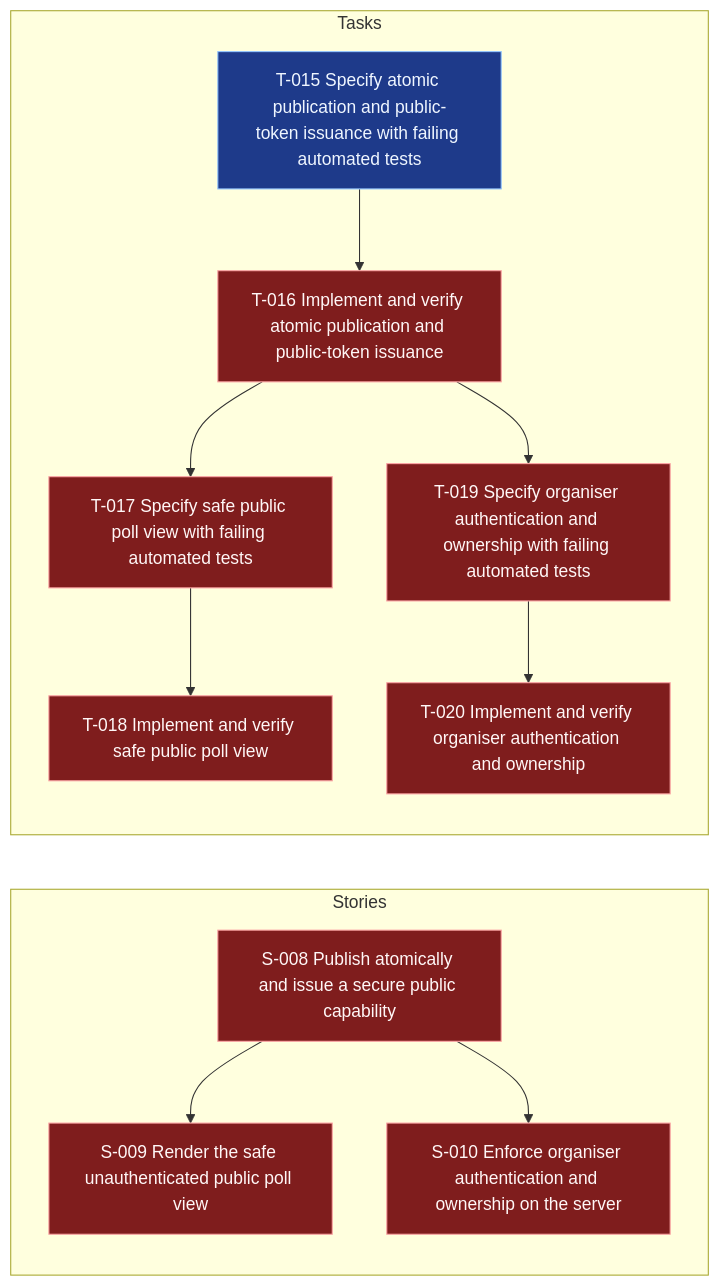
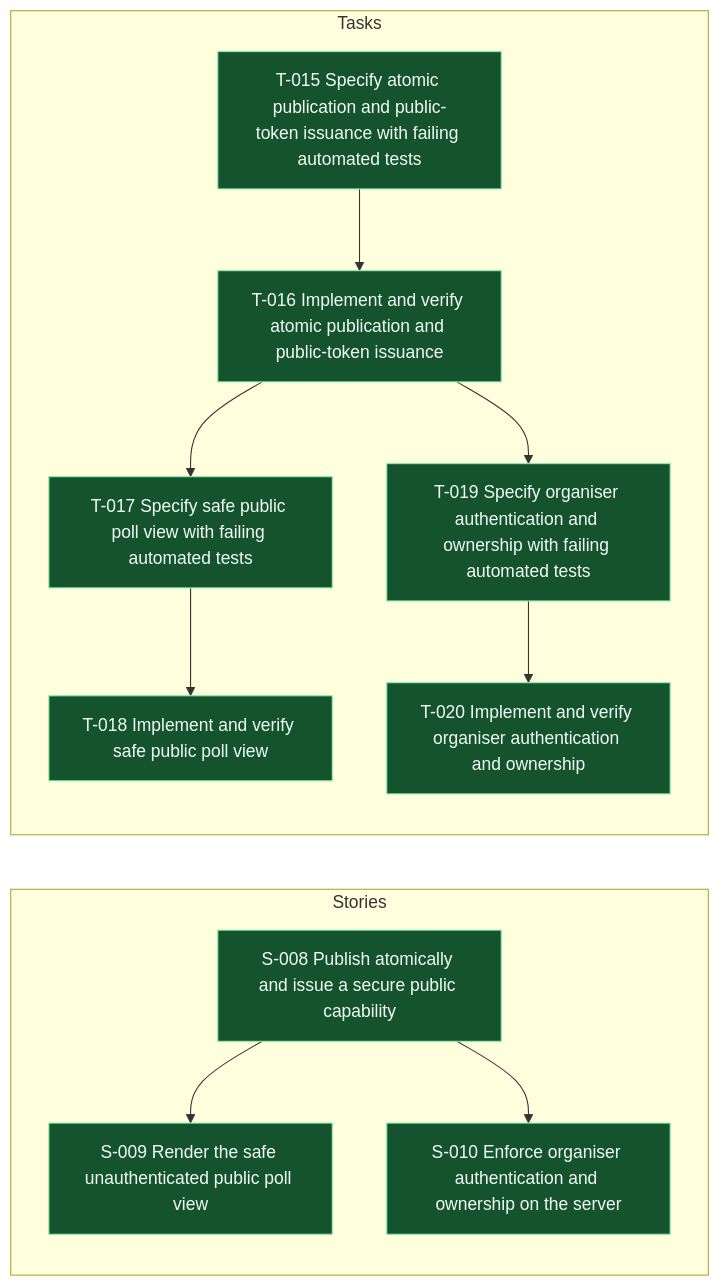
One commit to andybalham/invite-agent changed the diagram in .worktracker/graphs/E-003.mmd. Above: the diagram before and after it, drawn with Mermaid. The commit also changed 32 other files, not shown here.

First line of the commit message:
feat: implement public poll functionality with token management

```diff
--- a/.worktracker/graphs/E-003.mmd
+++ b/.worktracker/graphs/E-003.mmd
@@ -1,35 +1,35 @@
 graph LR
   classDef done fill:#14532d,stroke:#86efac,color:#f0fdf4;
   classDef blocked fill:#7f1d1d,stroke:#fca5a5,color:#fff7f7;
   classDef inprogress fill:#78350f,stroke:#fbbf24,color:#fffbeb;
   classDef todo fill:#1e3a8a,stroke:#93c5fd,color:#eff6ff;
   classDef empty fill:#374151,stroke:#d1d5db,color:#f9fafb,stroke-dasharray: 3 3;
   subgraph Stories
-    S008["S-008 Publish atomically and issue a secure public capability"]:::blocked
-    S009["S-009 Render the safe unauthenticated public poll view"]:::blocked
-    S010["S-010 Enforce organiser authentication and ownership on the server"]:::blocked
+    S008["S-008 Publish atomically and issue a secure public capability"]:::done
+    S009["S-009 Render the safe unauthenticated public poll view"]:::done
+    S010["S-010 Enforce organiser authentication and ownership on the server"]:::done
     S008 --> S009
     S008 --> S010
   end
   subgraph Tasks
-    T015["T-015 Specify atomic publication and public-token issuance with failing automated tests"]:::todo
-    T016["T-016 Implement and verify atomic publication and public-token issuance"]:::blocked
-    T017["T-017 Specify safe public poll view with failing automated tests"]:::blocked
-    T018["T-018 Implement and verify safe public poll view"]:::blocked
-    T019["T-019 Specify organiser authentication and ownership with failing automated tests"]:::blocked
-    T020["T-020 Implement and verify organiser authentication and ownership"]:::blocked
+    T015["T-015 Specify atomic publication and public-token issuance with failing automated tests"]:::done
+    T016["T-016 Implement and verify atomic publication and public-token issuance"]:::done
+    T017["T-017 Specify safe public poll view with failing automated tests"]:::done
+    T018["T-018 Implement and verify safe public poll view"]:::done
+    T019["T-019 Specify organiser authentication and ownership with failing automated tests"]:::done
+    T020["T-020 Implement and verify organiser authentication and ownership"]:::done
     T015 --> T016
     T016 --> T017
     T016 --> T019
     T017 --> T018
     T019 --> T020
   end
   click S008 "../entities/S-008-publish-atomically-and-issue-a-secure-public-capability.md"
   click S009 "../entities/S-009-render-the-safe-unauthenticated-public-poll-view.md"
   click S010 "../entities/S-010-enforce-organiser-authentication-and-ownership-on-the-server.md"
   click T015 "../entities/T-015-specify-atomic-publication-and-public-token-issuance-with-failing-automated-tests.md"
   click T016 "../entities/T-016-implement-and-verify-atomic-publication-and-public-token-issuance.md"
   click T017 "../entities/T-017-specify-safe-public-poll-view-with-failing-automated-tests.md"
   click T018 "../entities/T-018-implement-and-verify-safe-public-poll-view.md"
   click T019 "../entities/T-019-specify-organiser-authentication-and-ownership-with-failing-automated-tests.md"
   click T020 "../entities/T-020-implement-and-verify-organiser-authentication-and-ownership.md"
```
